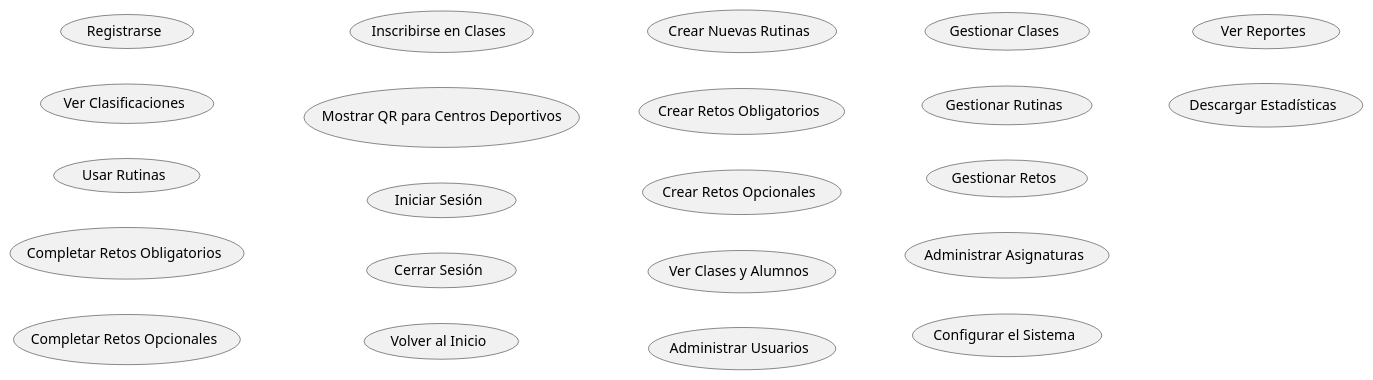
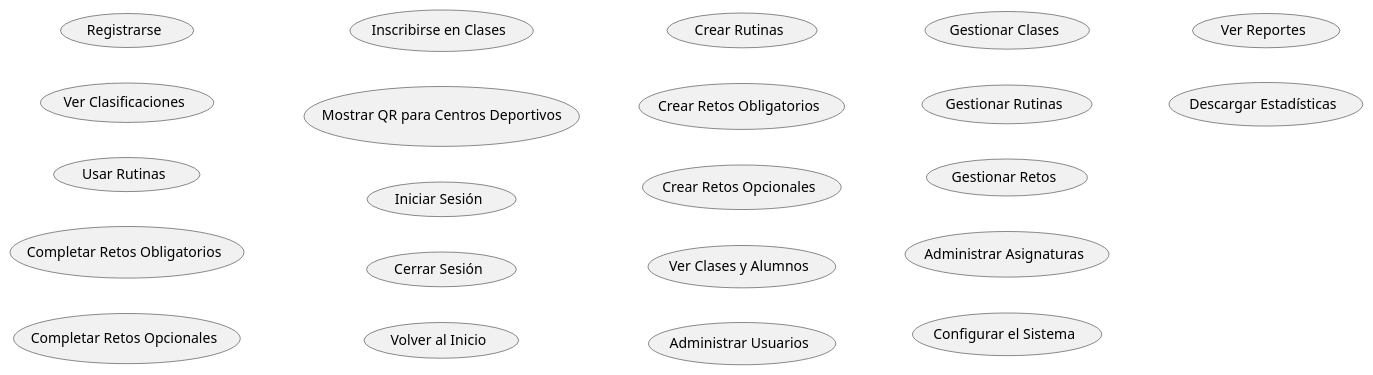
The diagram in Documentos/CasosUso/CasosUso.puml (mmasias/24-25-IdSw1-SDR), drawn with PlantUML before and after one commit.

```diff
--- a/Documentos/CasosUso/CasosUso.puml
+++ b/Documentos/CasosUso/CasosUso.puml
@@ -1,30 +1,30 @@
 @startuml
 left to right direction
 
 usecase "Registrarse" as Registrarse
 
 usecase "Ver Clasificaciones" as VerClasificaciones
 usecase "Usar Rutinas" as UsarRutinas
 usecase "Completar Retos Obligatorios" as CompletarRetosObligatorios
 usecase "Completar Retos Opcionales" as CompletarRetosOpcionales
 usecase "Inscribirse en Clases" as InscribirseClases
 usecase "Mostrar QR para Centros Deportivos" as UsarQR
 usecase "Iniciar Sesión" as IniciarSesion
 usecase "Cerrar Sesión" as CerrarSesion
 usecase "Volver al Inicio" as VolverInicio
 
-usecase "Crear Nuevas Rutinas" as CrearRutinas
+usecase "Crear Rutinas" as CrearRutinas
 usecase "Crear Retos Obligatorios" as CrearRetosObligatorios
 usecase "Crear Retos Opcionales" as CrearRetosOpcionales
 usecase "Ver Clases y Alumnos" as VerClasesAlumnos
 
 usecase "Administrar Usuarios" as AdministrarUsuarios
 usecase "Gestionar Clases" as GestionarClases
 usecase "Gestionar Rutinas" as GestionarRutinas
 usecase "Gestionar Retos" as GestionarRetos
 usecase "Administrar Asignaturas" as AdministrarAsignaturas
 usecase "Configurar el Sistema" as ConfigurarSistema
 usecase "Ver Reportes" as VerReportes
 usecase "Descargar Estadísticas" as DescargarEstadisticas
 
 @enduml
```
